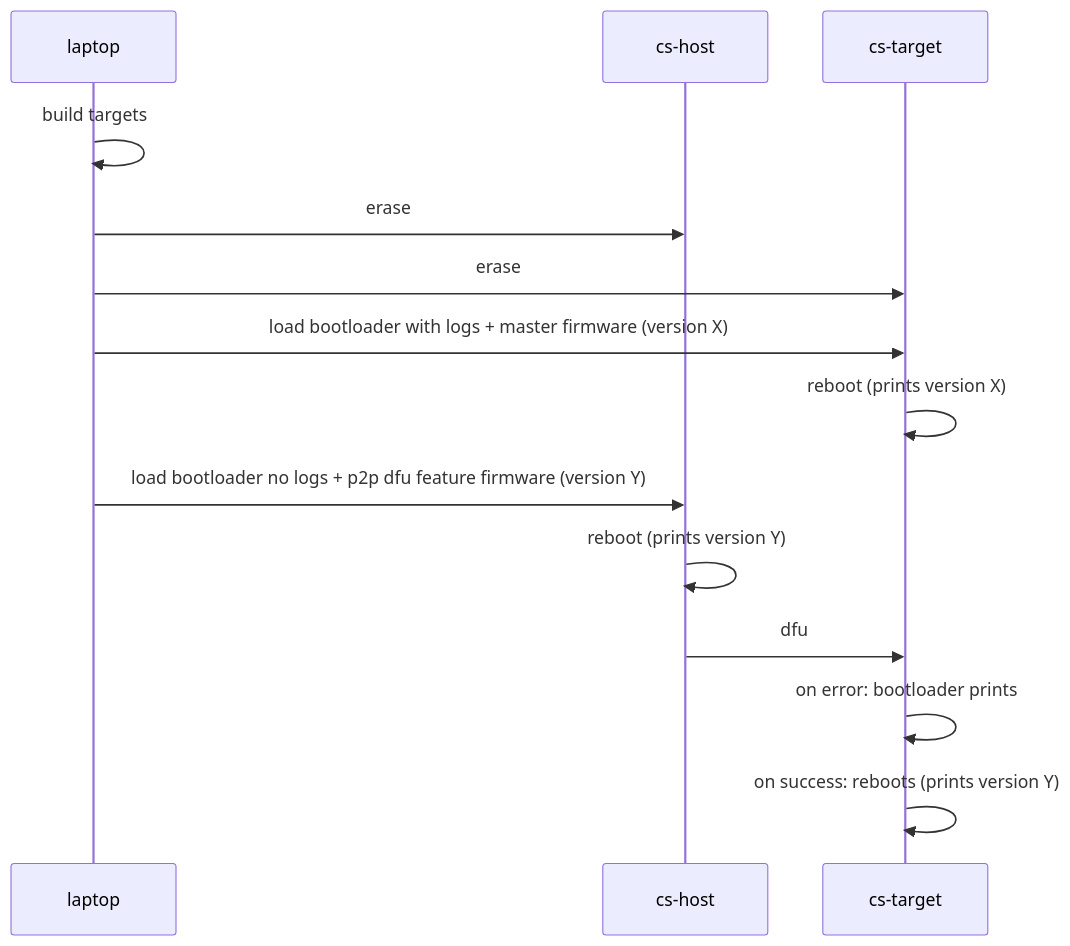
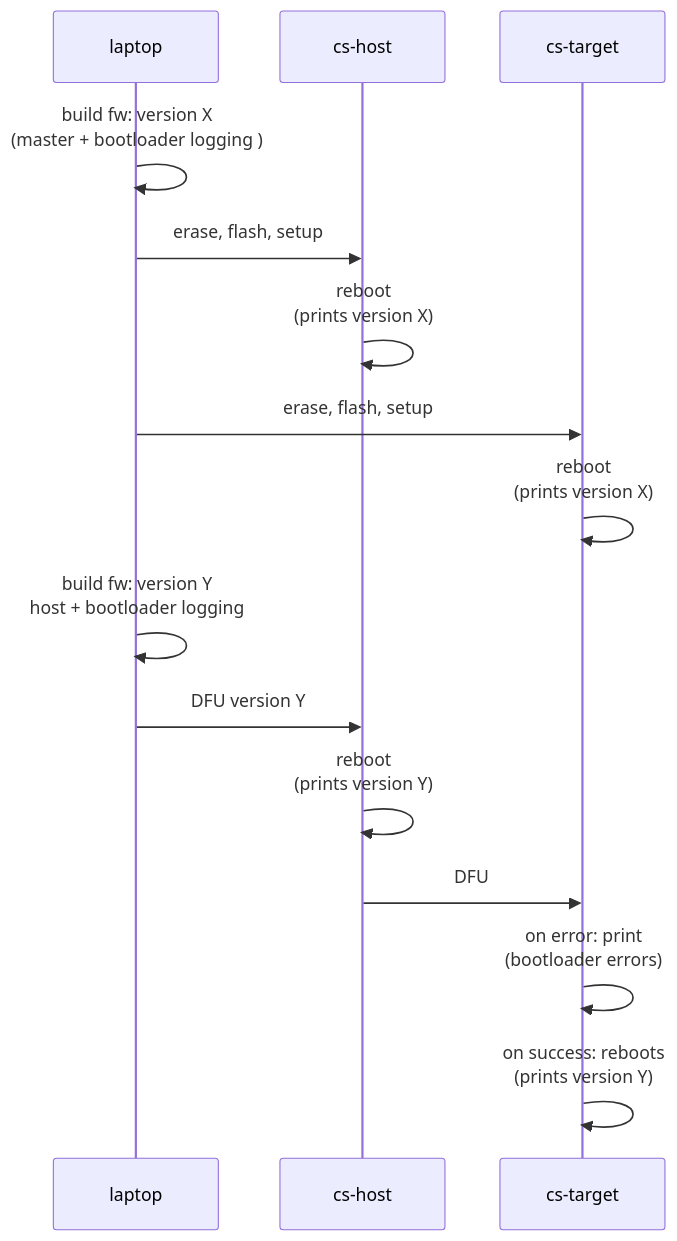
Before and after one commit to crownstone/bluenet: the first of 2 diagrams in docs/components/P2P_DFU.md, drawn with Mermaid. The commit also changed other lines of this file, not shown here.

Commit message:
update testing diagram and add some notes to it

````diff
--- a/docs/components/P2P_DFU.md
+++ b/docs/components/P2P_DFU.md
@@ -10,18 +10,19 @@
 ```mermaid
 sequenceDiagram
     participant L as laptop
     participant H as cs-host
     participant T as cs-target
-    L->>L: build targets
-    L->>H: erase
-    L->>T: erase
+    L->>L: build fw: version X<br>(master + bootloader logging )
+    L->>H: erase, flash, setup
+    H->>H: reboot<br>(prints version X)
+    L->>T: erase, flash, setup
+    T->>T: reboot<br>(prints version X)
     
-    L->>T: load bootloader with logs + master firmware (version X)
-    T->>T: reboot (prints version X)
-    L->>H: load bootloader no logs + p2p dfu feature firmware (version Y)
-    H->>H: reboot (prints version Y)
+    L->>L: build fw: version Y<br>host + bootloader logging
+    L->>H: DFU version Y
+    H->>H: reboot<br>(prints version Y)
 
-    H->>T: dfu
-    T->>T: on error: bootloader prints
-    T->>T: on success: reboots (prints version Y)
+    H->>T: DFU
+    T->>T: on error: print<br>(bootloader errors)
+    T->>T: on success: reboots<br>(prints version Y)
 ```
````
